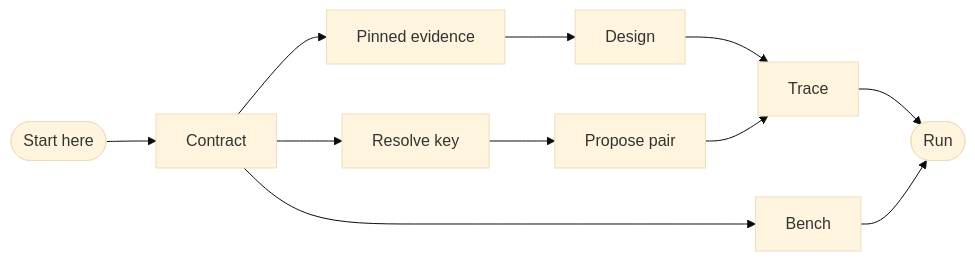
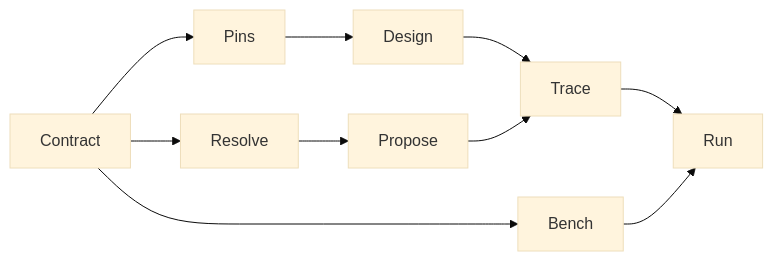
One commit to wetware-hq/catalog changed the second of 2 diagrams in docs/read-repository.md. Above: the diagram before and after it, drawn with Mermaid (base theme). The commit also changed other lines of this file and 8 other files, not shown here.

````diff
--- a/docs/read-repository.md
+++ b/docs/read-repository.md
@@ -22,7 +53,6 @@
 ```mermaid
 flowchart LR
-    R(["Start here"]) --> C["Contract"]
-    C --> P["Pinned evidence"] --> D["Design"] --> T["Trace"] --> X(["Run"])
-    C --> K["Resolve key"] --> I["Propose pair"] --> T
-    C --> B["Bench"] --> X
+    C[Contract] --> P[Pins] --> D[Design] --> T[Trace] --> X[Run]
+    C --> K[Resolve] --> I[Propose] --> T
+    C --> B[Bench] --> X
 ```
````
